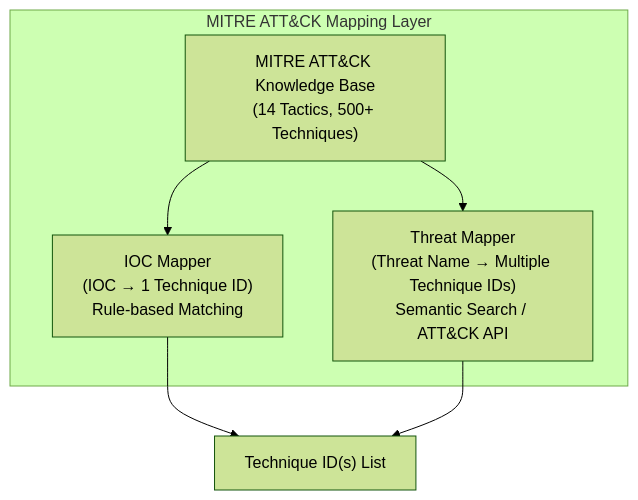
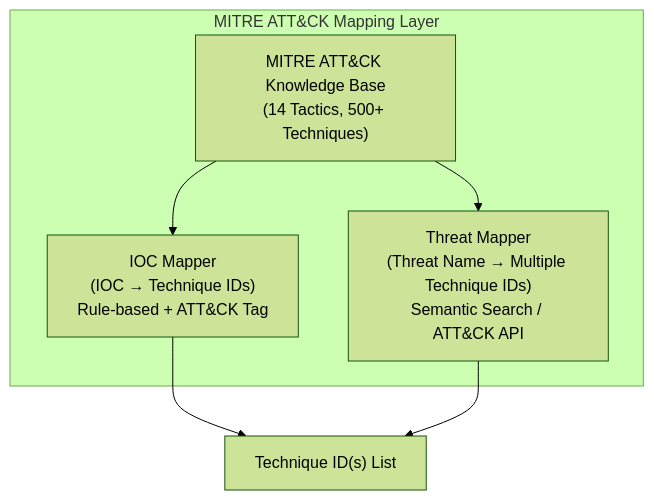
One commit to Chaithawatcer/omnissiah-playbook-workflow changed the third of 10 diagrams in architecture.md. Above: the diagram before and after it, drawn with Mermaid (forest theme). The commit also changed other lines of this file, not shown here.

Commit message:
Major architecture overhaul: Per-Section Generation Loop, Slot Architecture, Metadata-filtered RAG, Development Roadmap

````diff
--- a/architecture.md
+++ b/architecture.md
@@ -53,12 +62,12 @@
 ```mermaid
 graph TD
     subgraph MappingLayer ["MITRE ATT&CK Mapping Layer"]
         kb["MITRE ATT&CK Knowledge Base\n(14 Tactics, 500+ Techniques)"]
-        mapperA["IOC Mapper\n(IOC → 1 Technique ID)\nRule-based Matching"]
+        mapperA["IOC Mapper\n(IOC → Technique IDs)\nRule-based + ATT&CK Tag"]
         mapperB["Threat Mapper\n(Threat Name → Multiple Technique IDs)\nSemantic Search / ATT&CK API"]
     end
     kb --> mapperA
     kb --> mapperB
     mapperA --> result["Technique ID(s) List"]
     mapperB --> result
 ```
````
